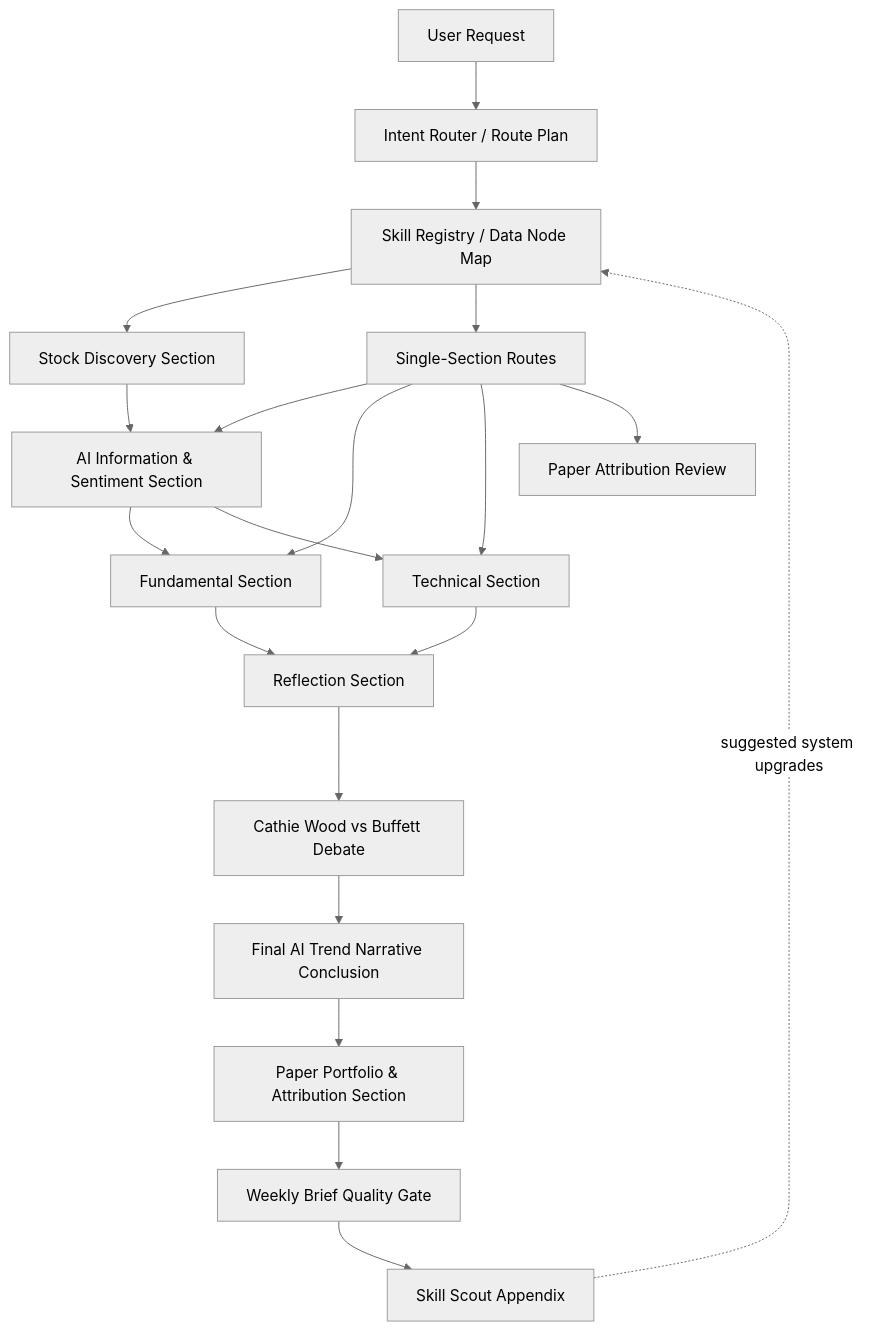
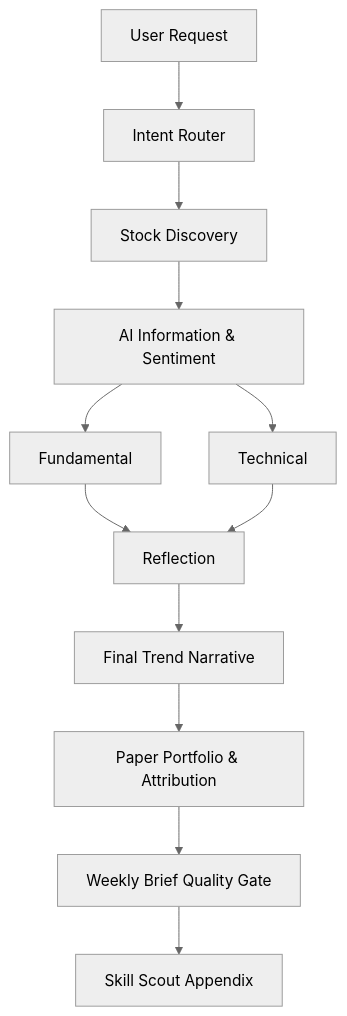
The diagram in README.md (berylinureye/ai-us-stock-research-agency), drawn with Mermaid (neutral theme) before and after one commit. The commit also changed other lines of this file, not shown here.

````diff
--- a/README.md
+++ b/README.md
@@ -9,22 +35,14 @@
 ```mermaid
 flowchart TD
-    A["User Request"] --> R["Intent Router / Route Plan"]
-    R --> S["Skill Registry / Data Node Map"]
-    S --> B["Stock Discovery Section"]
-    S --> C0["Single-Section Routes"]
-    C0 --> C["AI Information & Sentiment Section"]
-    C0 --> D["Fundamental Section"]
-    C0 --> E["Technical Section"]
-    C0 --> P["Paper Attribution Review"]
-    B --> C["AI Information & Sentiment Section"]
-    C --> D["Fundamental Section"]
-    C --> E["Technical Section"]
-    D --> F["Reflection Section"]
-    E --> F
-    F --> G["Cathie Wood vs Buffett Debate"]
-    G --> H["Final AI Trend Narrative Conclusion"]
-    H --> I["Paper Portfolio & Attribution Section"]
-    I --> J["Weekly Brief Quality Gate"]
-    J --> K["Skill Scout Appendix"]
-    K -. "suggested system upgrades" .-> S
+    U["User Request"] --> R["Intent Router"]
+    R --> D["Stock Discovery"]
+    D --> I["AI Information & Sentiment"]
+    I --> F["Fundamental"]
+    I --> T["Technical"]
+    F --> X["Reflection"]
+    T --> X
+    X --> C["Final Trend Narrative"]
+    C --> P["Paper Portfolio & Attribution"]
+    P --> Q["Weekly Brief Quality Gate"]
+    Q --> S["Skill Scout Appendix"]
 ```
````
